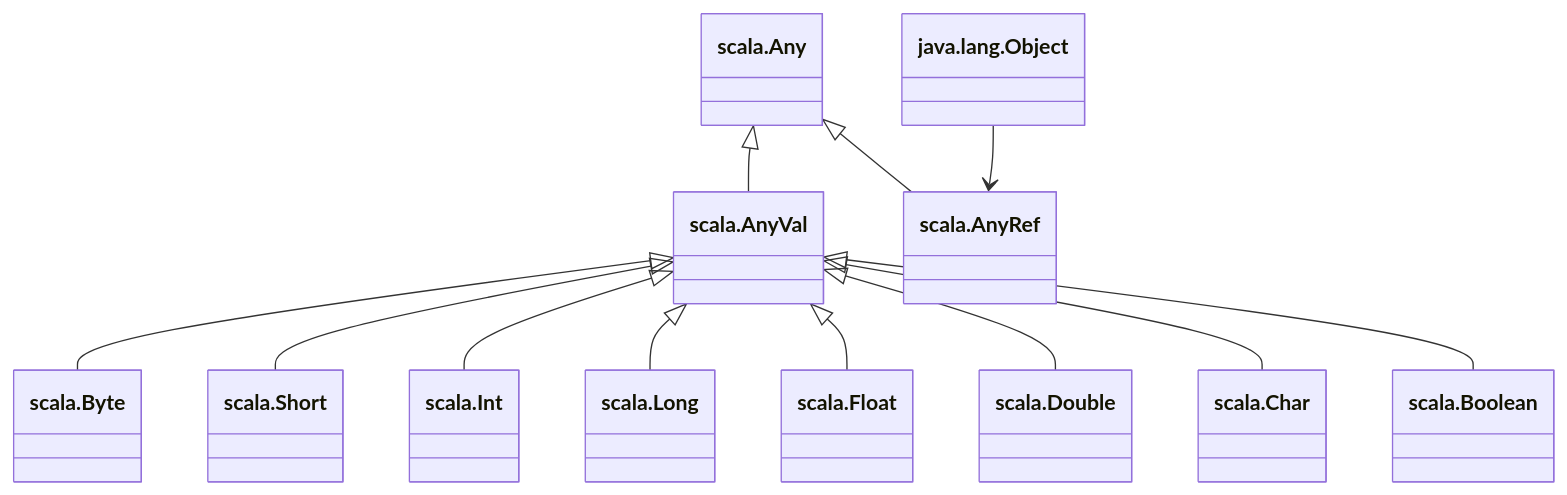
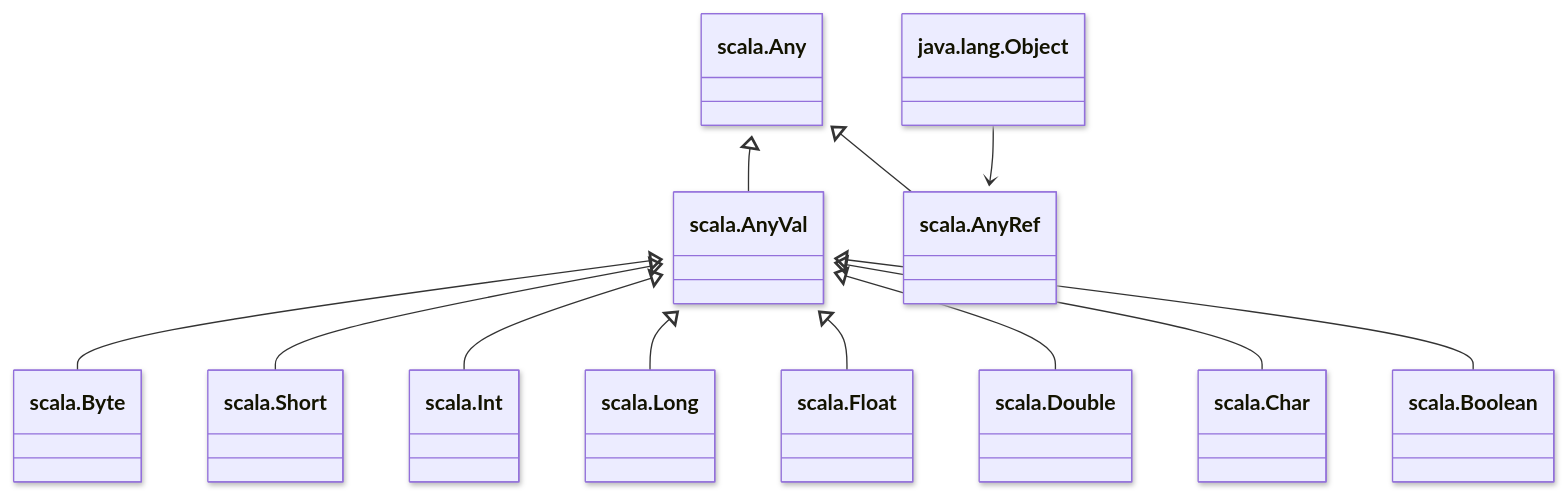
Before and after one commit to ojitha/ojitha.github.io: the second of 15 diagrams in _posts/2025-07-25-Scala-basics.md, drawn with Mermaid. The commit also changed other lines of this file and 2 other files, not shown here.

````diff
--- a/_posts/2025-07-25-Scala-basics.md
+++ b/_posts/2025-07-25-Scala-basics.md
@@ -102,34 +102,34 @@
 ```mermaid
 ---
 config:
-  look: classic
+  look: neo
   theme: default
 ---
 classDiagram
     class scala.Any
     class scala.AnyVal
     class scala.AnyRef
     class java.lang.Object
 
     class scala.Byte
     class scala.Short
     class scala.Int
     class scala.Long
     class scala.Float
     class scala.Double
     class scala.Char
     class scala.Boolean
 
     scala.Any <|-- scala.AnyVal
     scala.Any <|-- scala.AnyRef
     java.lang.Object --> scala.AnyRef
 
     scala.AnyVal <|-- scala.Byte
     scala.AnyVal <|-- scala.Short
     scala.AnyVal <|-- scala.Int
     scala.AnyVal <|-- scala.Long
     scala.AnyVal <|-- scala.Float
     scala.AnyVal <|-- scala.Double
     scala.AnyVal <|-- scala.Char
     scala.AnyVal <|-- scala.Boolean
 ```
````
